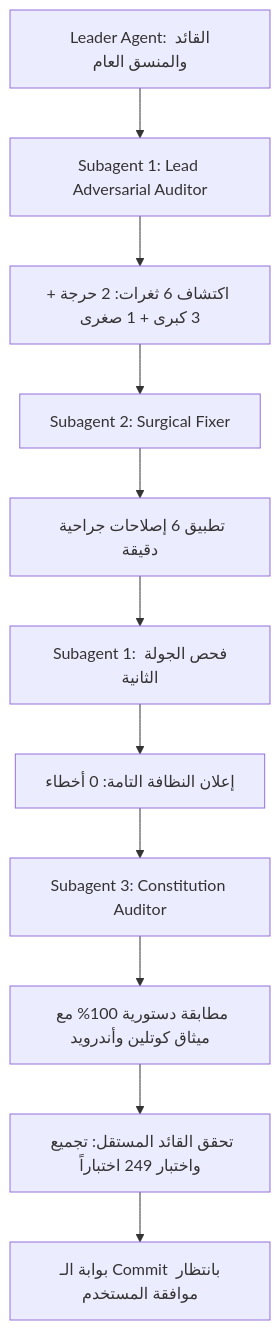
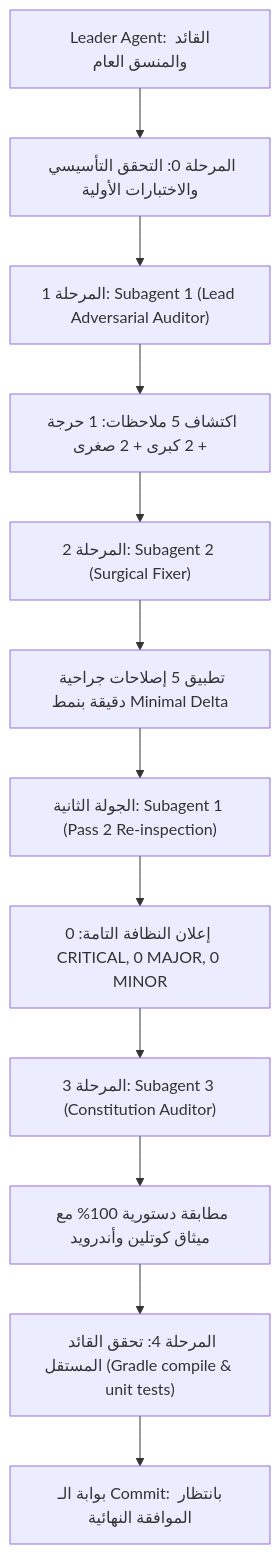
Before and after one commit to dr-mohammed-hamed/antiporn: the diagram in audit_executive_report.md, drawn with Mermaid. The commit also changed other lines of this file and 55 other files, not shown here.

````diff
--- a/audit_executive_report.md
+++ b/audit_executive_report.md
@@ -10,13 +11,14 @@
 ```mermaid
 flowchart TD
-    Lead[Leader Agent: القائد والمنسق العام] --> Sub1[Subagent 1: Lead Adversarial Auditor]
-    Sub1 --> Report1[اكتشاف 6 ثغرات: 2 حرجة + 3 كبرى + 1 صغرى]
-    Report1 --> Sub2[Subagent 2: Surgical Fixer]
-    Sub2 --> FixesApplied[تطبيق 6 إصلاحات جراحية دقيقة]
-    FixesApplied --> Sub1Recheck[Subagent 1: فحص الجولة الثانية]
-    Sub1Recheck --> CleanVerdict[إعلان النظافة التامة: 0 أخطاء]
-    CleanVerdict --> Sub3[Subagent 3: Constitution Auditor]
-    Sub3 --> ConstPass[مطابقة دستورية 100% مع ميثاق كوتلين وأندرويد]
-    ConstPass --> LeadEmpirical[تحقق القائد المستقل: تجميع واختبار 249 اختباراً]
-    LeadEmpirical --> FinalGate[بوابة الـ Commit بانتظار موافقة المستخدم]
+    Lead["Leader Agent: القائد والمنسق العام"] --> PreFlight["المرحلة 0: التحقق التأسيسي والاختبارات الأولية"]
+    PreFlight --> Sub1["المرحلة 1: Subagent 1 (Lead Adversarial Auditor)"]
+    Sub1 --> Report1["اكتشاف 5 ملاحظات: 1 حرجة + 2 كبرى + 2 صغرى"]
+    Report1 --> Sub2["المرحلة 2: Subagent 2 (Surgical Fixer)"]
+    Sub2 --> FixesApplied["تطبيق 5 إصلاحات جراحية دقيقة بنمط Minimal Delta"]
+    FixesApplied --> Sub1Pass2["الجولة الثانية: Subagent 1 (Pass 2 Re-inspection)"]
+    Sub1Pass2 --> CleanVerdict["إعلان النظافة التامة: 0 CRITICAL, 0 MAJOR, 0 MINOR"]
+    CleanVerdict --> Sub3["المرحلة 3: Subagent 3 (Constitution Auditor)"]
+    Sub3 --> ConstPass["مطابقة دستورية 100% مع ميثاق كوتلين وأندرويد"]
+    ConstPass --> LeadEmpirical["المرحلة 4: تحقق القائد المستقل (Gradle compile & unit tests)"]
+    LeadEmpirical --> FinalGate["بوابة الـ Commit: بانتظار الموافقة النهائية"]
 ```
````
